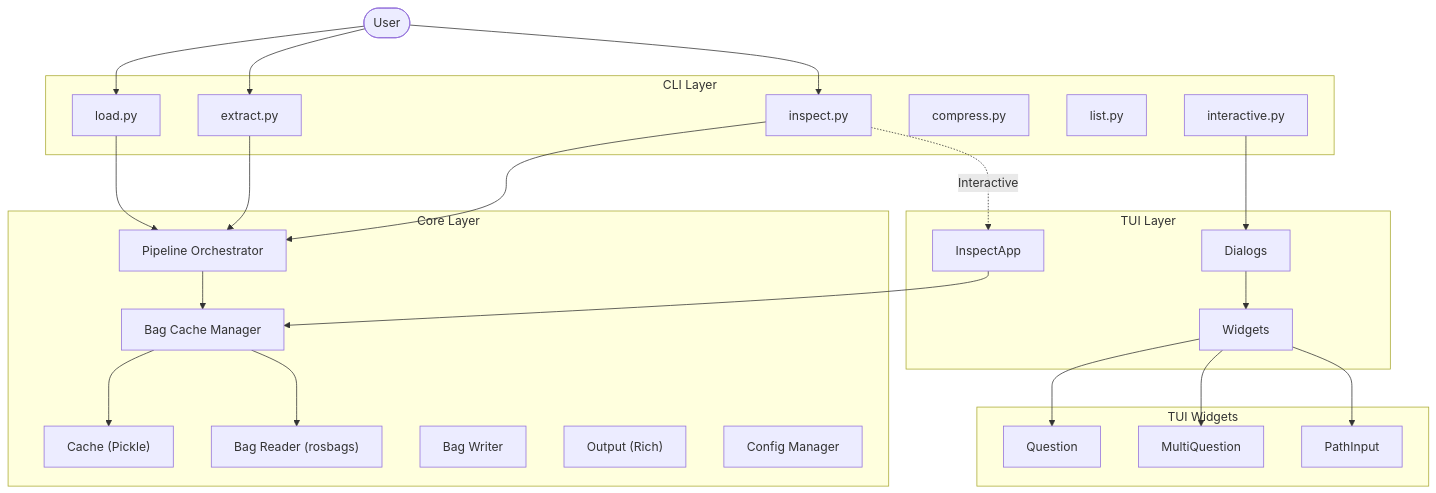
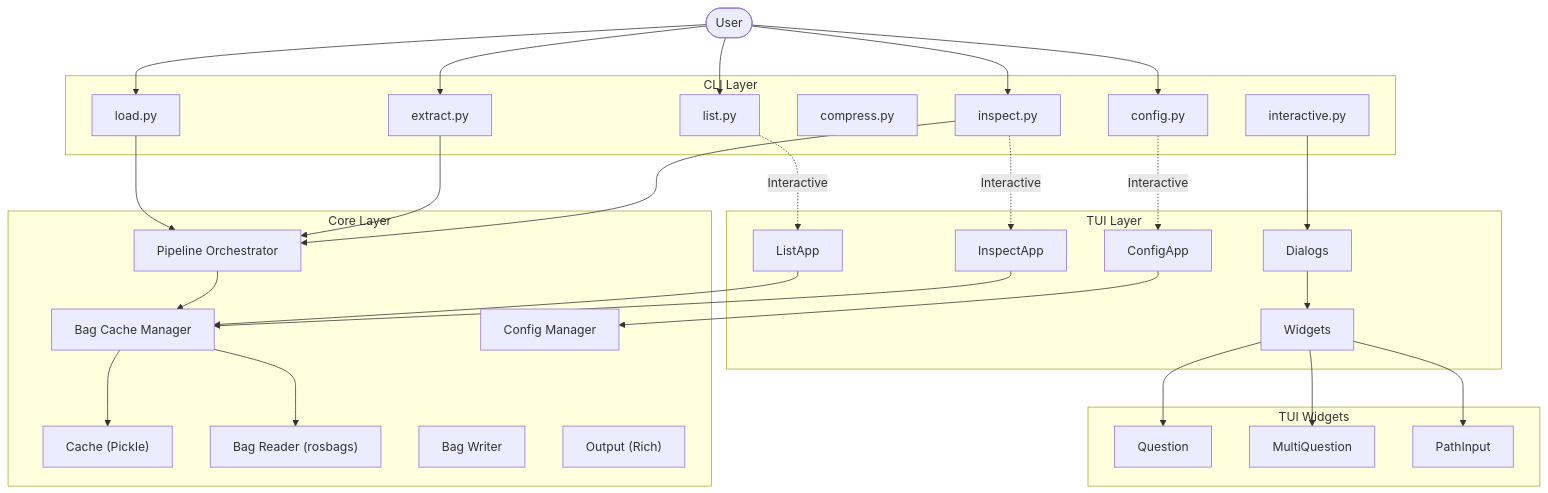
The first of 2 diagrams in docs/architecture.md (hanxiaomax/rose), drawn with Mermaid before and after one commit. The commit also changed other lines of this file and 4 other files, not shown here.

````diff
--- a/docs/architecture.md
+++ b/docs/architecture.md
@@ -14,56 +14,65 @@
 ```mermaid
 graph TD
     User(["User"])
     
     subgraph "CLI Layer"
         CmdInspect["inspect.py"]
         CmdExtract["extract.py"]
         CmdLoad["load.py"]
         CmdCompress["compress.py"]
         CmdList["list.py"]
+        CmdConfig["config.py"]
         Interactive["interactive.py"]
     end
     
     subgraph "Core Layer"
         Orchestrator["Pipeline Orchestrator"]
         Cache["Cache (Pickle)"]
         BagMgr["Bag Cache Manager"]
         Reader["Bag Reader (rosbags)"]
         Writer["Bag Writer"]
         Output["Output (Rich)"]
         Config["Config Manager"]
     end
     
     subgraph "TUI Layer"
         InspectApp["InspectApp"]
+        ConfigApp["ConfigApp"]
+        ListApp["ListApp"]
         Dialogs["Dialogs"]
         Widgets["Widgets"]
     end
     
     subgraph "TUI Widgets"
         Question["Question"]
         MultiQuestion["MultiQuestion"]
         PathInput["PathInput"]
     end
     
     User --> CmdInspect
     User --> CmdExtract
     User --> CmdLoad
+    User --> CmdConfig
+    User --> CmdList
     
     CmdInspect --> Orchestrator
     CmdExtract --> Orchestrator
     CmdLoad --> Orchestrator
     
     Interactive --> Dialogs
     Dialogs --> Widgets
     Widgets --> Question
     Widgets --> MultiQuestion
     Widgets --> PathInput
     
     Orchestrator --> BagMgr
     BagMgr --> Cache
     BagMgr --> Reader
     
     CmdInspect -.->|Interactive| InspectApp
+    CmdConfig -.->|Interactive| ConfigApp
+    CmdList -.->|Interactive| ListApp
     InspectApp --> BagMgr
+    ConfigApp --> Config
+    ListApp --> BagMgr
 ```
````
